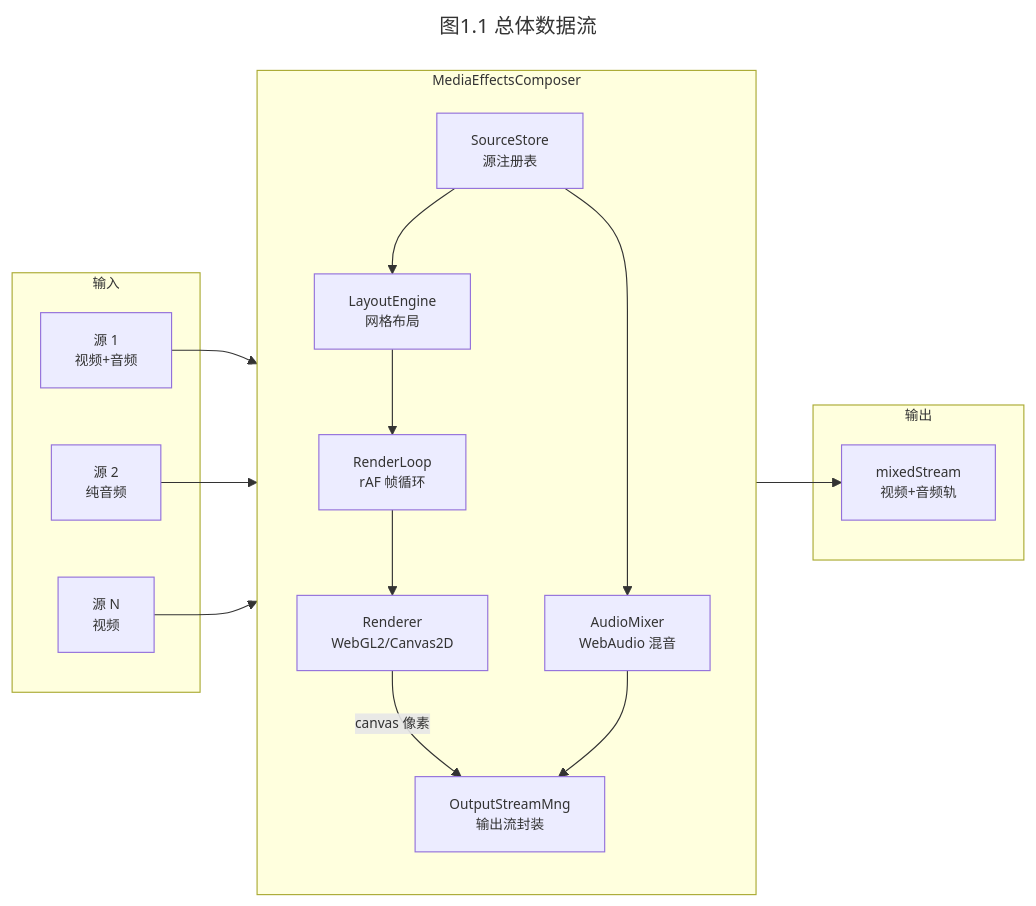
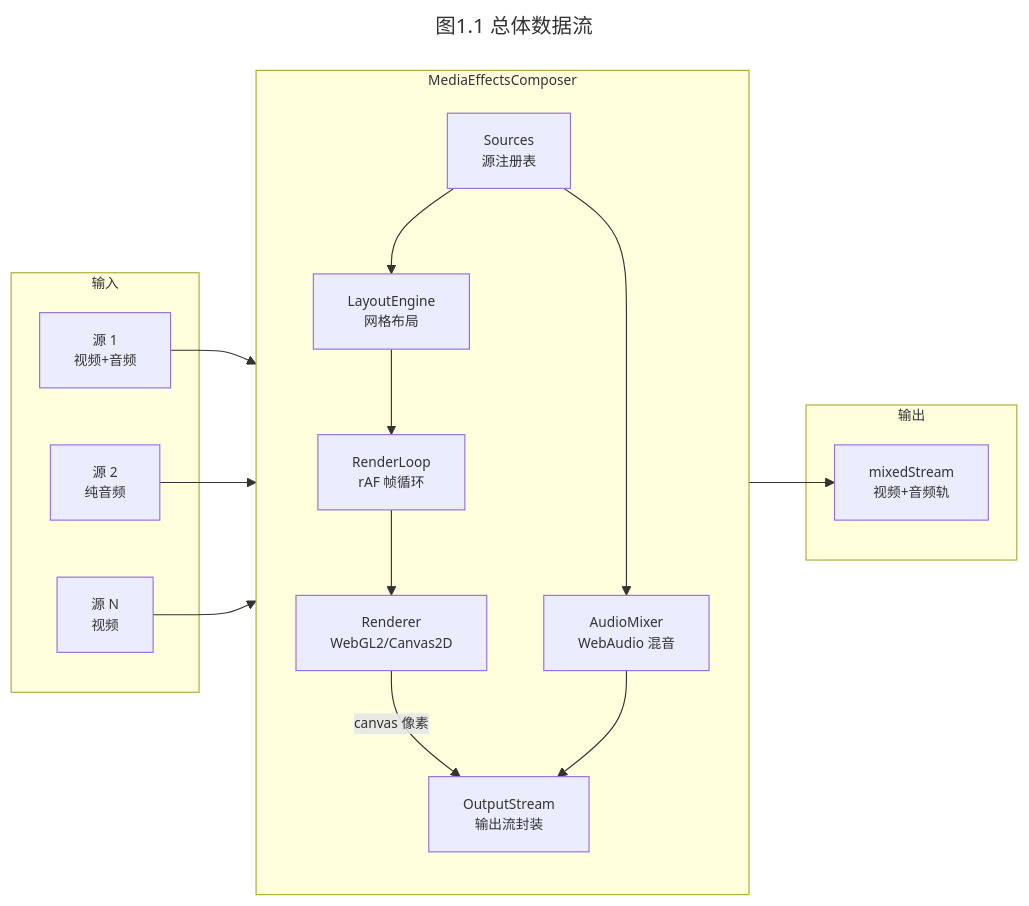
Before and after one commit to lei40251/JsSIP: the first of 19 diagrams in docs/MediaEffectsComposer-学习手册.md, drawn with Mermaid. The commit also changed other lines of this file and 72 other files, not shown here.

````diff
--- a/docs/MediaEffectsComposer-学习手册.md
+++ b/docs/MediaEffectsComposer-学习手册.md
@@ -30,35 +30,35 @@
 ```mermaid
 ---
 title: 图1.1  总体数据流
 config:
   themeVariables:
     fontSize: 12px
 ---
 graph LR
     subgraph S_IN["输入"]
         S1["源 1<br/>视频+音频"]
         S2["源 2<br/>纯音频"]
         S3["源 N<br/>视频"]
     end
 
     subgraph S_MEC["MediaEffectsComposer"]
         direction TB
-        SS["SourceStore<br/>源注册表"]
+        SS["Sources<br/>源注册表"]
         LE["LayoutEngine<br/>网格布局"]
         RL["RenderLoop<br/>rAF 帧循环"]
         RT["Renderer<br/>WebGL2/Canvas2D"]
         AM["AudioMixer<br/>WebAudio 混音"]
-        OM["OutputStreamMng<br/>输出流封装"]
+        OM["OutputStream<br/>输出流封装"]
     end
 
     subgraph S_OUT["输出"]
         OUT["mixedStream<br/>视频+音频轨"]
     end
 
     S1 --> SS
     S2 --> SS
     S3 --> SS
     SS --> LE --> RL --> RT
     RT -->|"canvas 像素"| OM --> OUT
     SS --> AM --> OM
 ```
````
